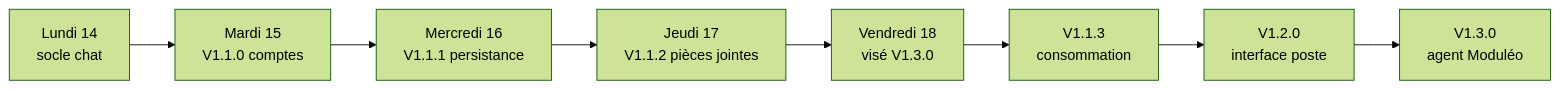
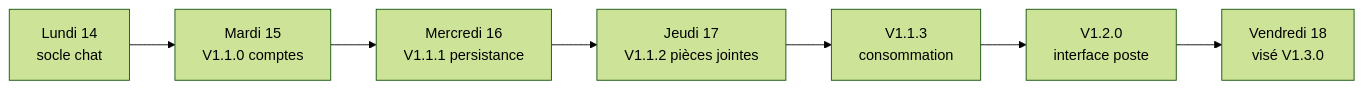
One commit to UlyssouLV/BBASS-Agents-IA changed the first of 2 diagrams in README.md. Above: the diagram before and after it, drawn with Mermaid (forest theme). The commit also changed 3 other files, not shown here.

````diff
--- a/README.md
+++ b/README.md
@@ -26,10 +26,9 @@
 ```mermaid
 flowchart LR
   L14["Lundi 14<br/>socle chat"] --> M15["Mardi 15<br/>V1.1.0 comptes"]
   M15 --> Me16["Mercredi 16<br/>V1.1.1 persistance"]
   Me16 --> J17["Jeudi 17<br/>V1.1.2 pièces jointes"]
-  J17 --> V18["Vendredi 18<br/>visé V1.3.0"]
-  V18 --> V113["V1.1.3<br/>consommation"]
+  J17 --> V113["V1.1.3<br/>consommation"]
   V113 --> V120["V1.2.0<br/>interface poste"]
-  V120 --> V130["V1.3.0<br/>agent Moduléo"]
+  V120 --> V18["Vendredi 18<br/>visé V1.3.0"]
 ```
````
